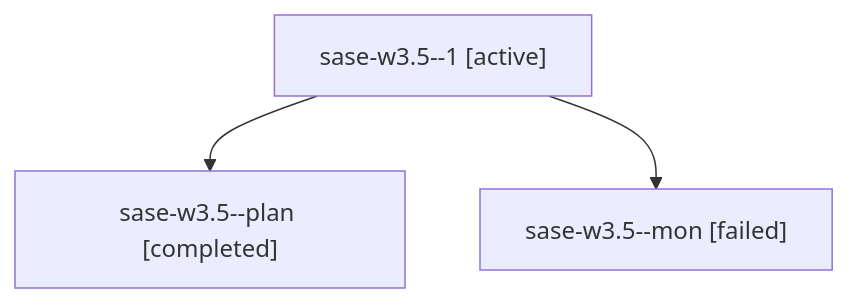
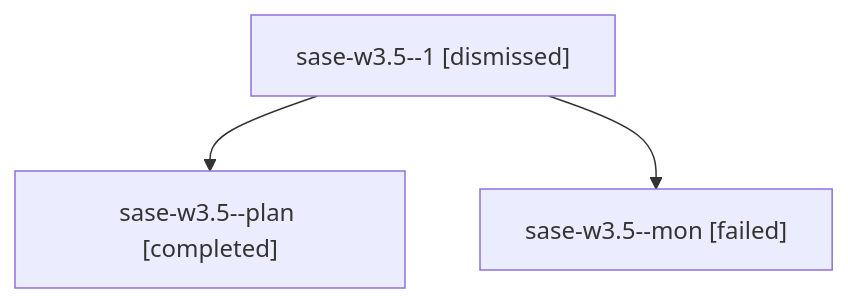
The diagram in sessions/bbugyi200.apollo.sase-w3.5.md (sase-org/sase--agents), drawn with Mermaid before and after one commit. The commit also changed other lines of this file and 48 other files, not shown here.

````diff
--- a/sessions/bbugyi200.apollo.sase-w3.5.md
+++ b/sessions/bbugyi200.apollo.sase-w3.5.md
@@ -9,8 +9,8 @@
 ```mermaid
 flowchart TD
-  n0["sase-w3.5--1 [active]"]
+  n0["sase-w3.5--1 [dismissed]"]
   n1["sase-w3.5--plan [completed]"]
   n0 --> n1
   n2["sase-w3.5--mon [failed]"]
   n0 --> n2
 ```
````
